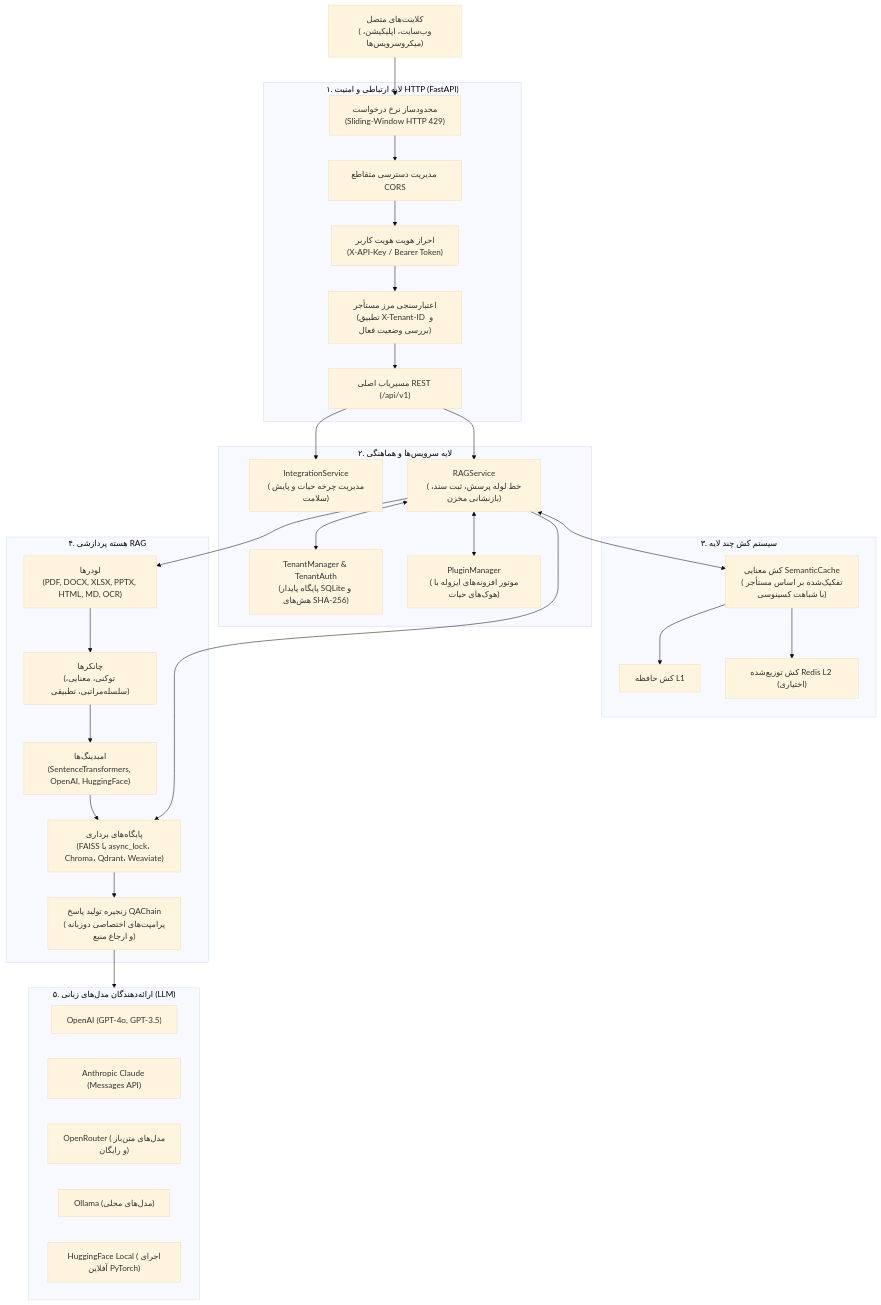
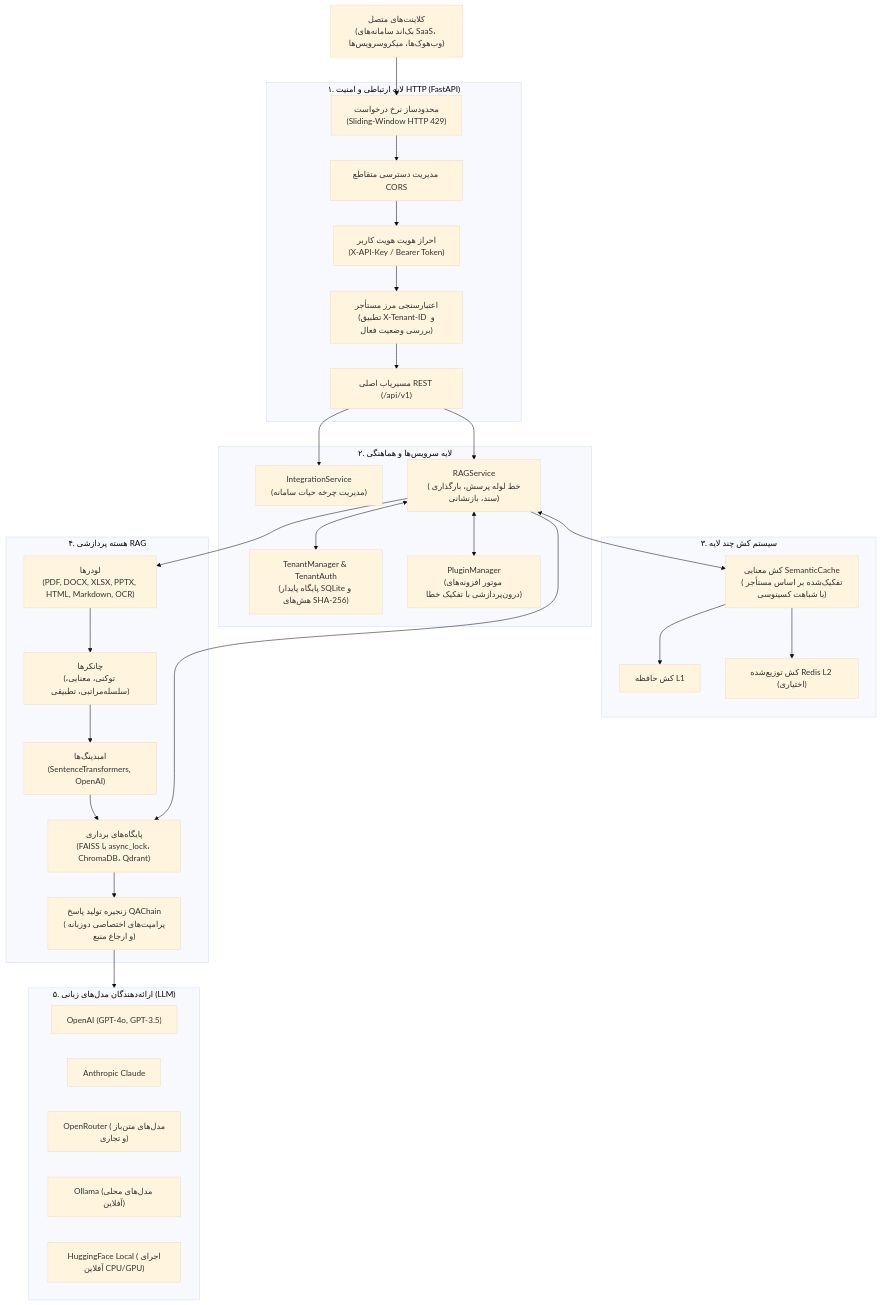
One commit to dibbed/tenant-rag changed the diagram in README.fa.md. Above: the diagram before and after it, drawn with Mermaid (base theme). The commit also changed other lines of this file and 44 other files, not shown here.

````diff
--- a/README.fa.md
+++ b/README.fa.md
@@ -21,54 +135,54 @@
 ```mermaid
 flowchart TD
-    Client["کلاینت‌های متصل<br/>(وب‌سایت، اپلیکیشن، میکروسرویس‌ها)"]
+    Client["کلاینت‌های متصل<br/>(بک‌اند سامانه‌های SaaS، وب‌هوک‌ها، میکروسرویس‌ها)"]
 
     subgraph Transport ["۱. لایه ارتباطی و امنیت HTTP (FastAPI)"]
         RL["محدودساز نرخ درخواست<br/>(Sliding-Window HTTP 429)"]
         CORS["مدیریت دسترسی متقاطع CORS"]
-        AuthMiddleware["احراز هویت هویت کاربر<br/>(X-API-Key / Bearer Token)"]
-        TenantAuthBoundary["اعتبارسنجی مرز مستأجر<br/>(تطبیق X-Tenant-ID و بررسی وضعیت فعال)"]
-        API["مسیریاب اصلی REST (/api/v1)"]
+        AuthResolver["احراز هویت هویت کاربر<br/>(X-API-Key / Bearer Token)"]
+        TenantBoundary["اعتبارسنجی مرز مستأجر<br/>(تطبیق X-Tenant-ID و بررسی وضعیت فعال)"]
+        APIRouter["مسیریاب اصلی REST (/api/v1)"]
     end
 
     subgraph ServiceLayer ["۲. لایه سرویس‌ها و هماهنگی"]
-        IntService["IntegrationService<br/>(مدیریت چرخه حیات و پایش سلامت)"]
-        RAGService["RAGService<br/>(خط لوله پرسش، ثبت سند، بازنشانی مخزن)"]
+        IntService["IntegrationService<br/>(مدیریت چرخه حیات سامانه)"]
+        RAGService["RAGService<br/>(خط لوله پرسش، بارگذاری سند، بازنشانی)"]
         TenantMgr["TenantManager & TenantAuth<br/>(پایگاه پایدار SQLite و هش‌های SHA-256)"]
-        PluginMgr["PluginManager<br/>(موتور افزونه‌های ایزوله با هوک‌های حیات)"]
+        PluginMgr["PluginManager<br/>(موتور افزونه‌های درون‌پردازشی با تفکیک خطا)"]
     end
 
     subgraph CacheSystem ["۳. سیستم کش چند لایه"]
         SemanticCache["کش معنایی SemanticCache<br/>(تفکیک‌شده بر اساس مستأجر با شباهت کسینوسی)"]
         L1Cache["کش حافظه L1"]
         L2Cache["کش توزیع‌شده Redis L2 (اختیاری)"]
     end
 
     subgraph RAGCore ["۴. هسته پردازشی RAG"]
-        Loaders["لودرها<br/>(PDF, DOCX, XLSX, PPTX, HTML, MD, OCR)"]
+        Loaders["لودرها<br/>(PDF, DOCX, XLSX, PPTX, HTML, Markdown, OCR)"]
         Chunkers["چانکرها<br/>(توکنی، معنایی، سلسله‌مراتبی، تطبیقی)"]
-        Embedders["امبدینگ‌ها<br/>(SentenceTransformers, OpenAI, HuggingFace)"]
-        Stores["پایگاه‌های برداری<br/>(FAISS با async_lock، Chroma، Qdrant، Weaviate)"]
+        Embedders["امبدینگ‌ها<br/>(SentenceTransformers, OpenAI)"]
+        Stores["پایگاه‌های برداری<br/>(FAISS با async_lock، ChromaDB، Qdrant)"]
         QAChain["زنجیره تولید پاسخ QAChain<br/>(پرامپت‌های اختصاصی دوزبانه و ارجاع منبع)"]
     end
 
     subgraph Providers ["۵. ارائه‌دهندگان مدل‌های زبانی (LLM)"]
         OpenAI["OpenAI (GPT-4o, GPT-3.5)"]
-        Claude["Anthropic Claude (Messages API)"]
-        OpenRouter["OpenRouter (مدل‌های متن‌باز و رایگان)"]
-        Ollama["Ollama (مدل‌های محلی)"]
-        HFLocal["HuggingFace Local (اجرای آفلاین PyTorch)"]
+        Claude["Anthropic Claude"]
+        OpenRouter["OpenRouter (مدل‌های متن‌باز و تجاری)"]
+        Ollama["Ollama (مدل‌های محلی آفلاین)"]
+        HFLocal["HuggingFace Local (اجرای آفلاین CPU/GPU)"]
     end
 
-    Client --> RL --> CORS --> AuthMiddleware --> TenantAuthBoundary --> API
-    API --> IntService
-    API --> RAGService
+    Client --> RL --> CORS --> AuthResolver --> TenantBoundary --> APIRouter
+    APIRouter --> IntService
+    APIRouter --> RAGService
 
     RAGService <--> PluginMgr
     RAGService <--> TenantMgr
     RAGService <--> SemanticCache
 
     RAGService --> Loaders --> Chunkers --> Embedders --> Stores
     RAGService --> Stores --> QAChain --> Providers
     SemanticCache --> L1Cache
     SemanticCache --> L2Cache
 ```
````
